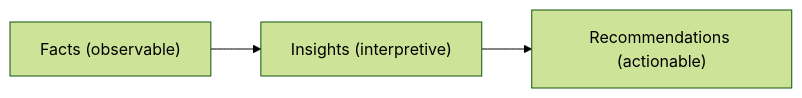
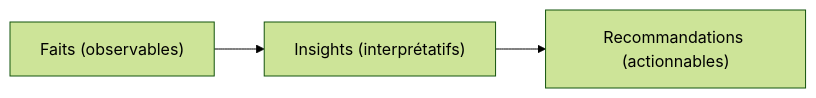
One commit to anasdox/anasdox.github.io changed the first of 3 diagrams in methode.md. Above: the diagram before and after it, drawn with Mermaid (forest theme). The commit also changed other lines of this file and 7 other files, not shown here.

```diff
--- a/methode.md
+++ b/methode.md
@@ -65,4 +91,4 @@
 <div class="mermaid">
 flowchart LR
-  F["Facts (observable)"] --> I["Insights (interpretive)"] --> R["Recommendations (actionable)"]
+  F["Faits (observables)"] --> I["Insights (interprétatifs)"] --> R["Recommandations (actionnables)"]
 </div>
```
